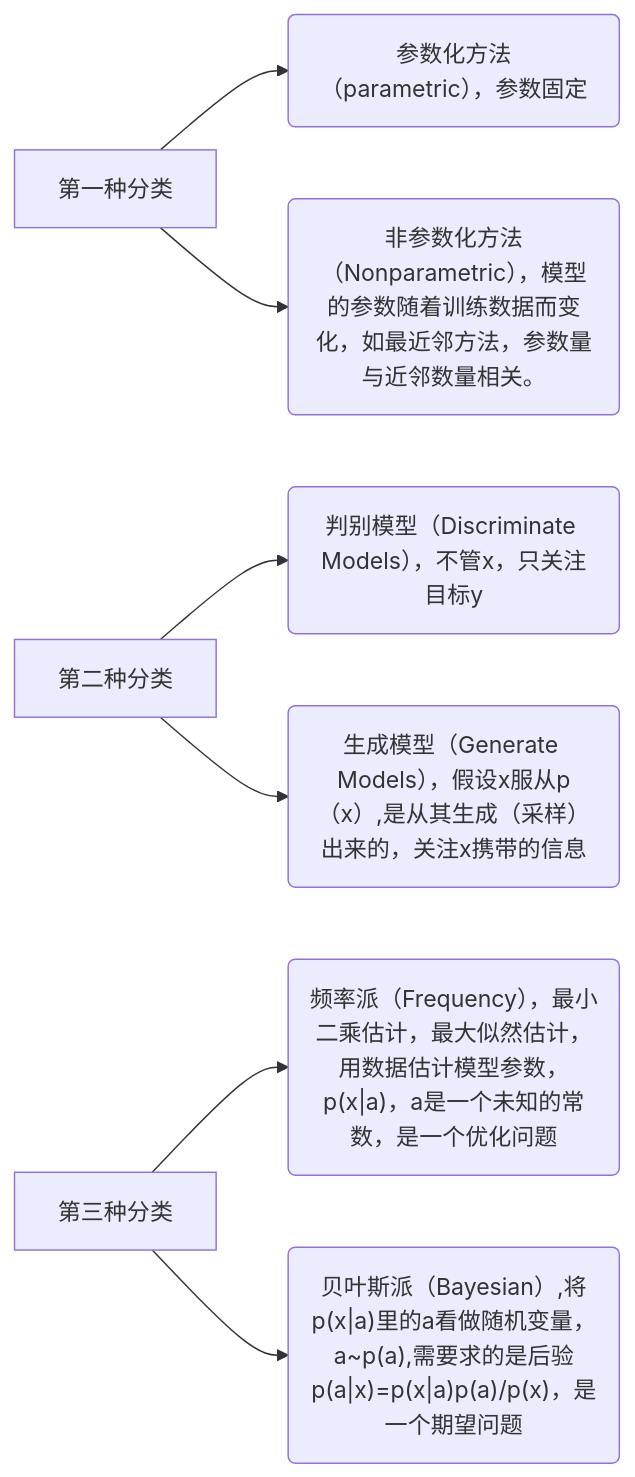
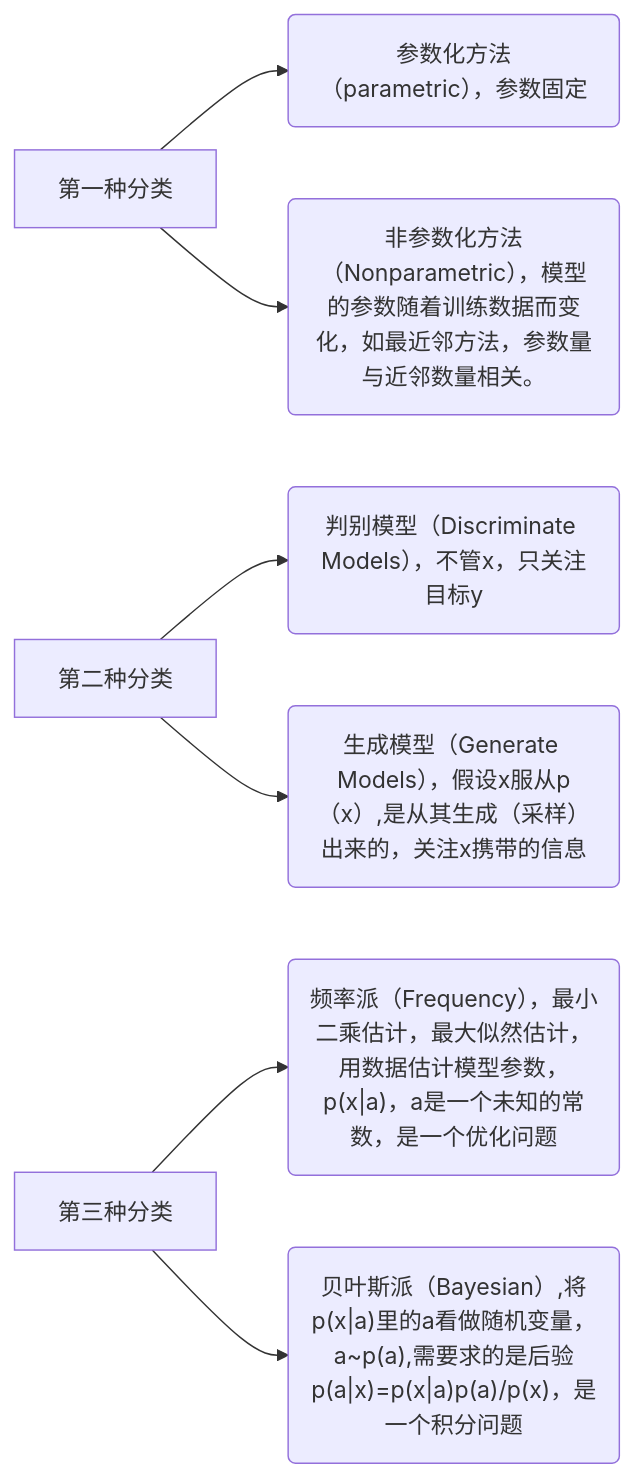
Before and after one commit to dp0d/dp0d.github.io: the first of 2 diagrams in content/posts/2022/Variational_Inference/index.md, drawn with Mermaid. The commit also changed other lines of this file, not shown here.

````diff
--- a/content/posts/2022/Variational_Inference/index.md
+++ b/content/posts/2022/Variational_Inference/index.md
@@ -51,13 +51,13 @@
 ```mermaid
 graph LR
 
 A[第一种分类]-->A1("参数化方法（parametric），参数固定")
 A[第一种分类]-->A2("非参数化方法（Nonparametric），模型的参数随着训练数据而变化，如最近邻方法，参数量与近邻数量相关。")
 
 
 B[第二种分类]-->B1("判别模型（Discriminate Models），不管x，只关注目标y")
 B[第二种分类]-->B2("生成模型（Generate Models），假设x服从p（x）,是从其生成（采样）出来的，关注x携带的信息")
 
 C[第三种分类]-->C1("频率派（Frequency），最小二乘估计，最大似然估计，用数据估计模型参数，p(x|a)，a是一个未知的常数，是一个优化问题")
-C[第三种分类]-->C2("贝叶斯派（Bayesian）,将p(x|a)里的a看做随机变量，a~p(a),需要求的是后验p(a|x)=p(x|a)p(a)/p(x)，是一个期望问题")
+C[第三种分类]-->C2("贝叶斯派（Bayesian）,将p(x|a)里的a看做随机变量，a~p(a),需要求的是后验p(a|x)=p(x|a)p(a)/p(x)，是一个积分问题")
 ```
````
